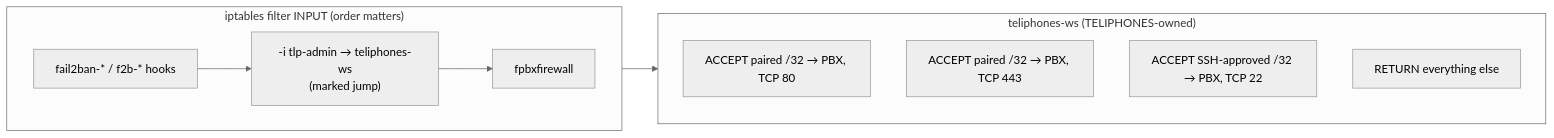
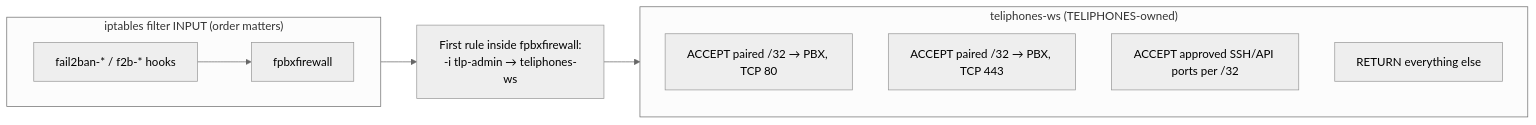
The third of 3 diagrams in docs/ARCHITECTURE.md (kierknoby/teliphones), drawn with Mermaid (neutral theme) before and after one commit. The commit also changed other lines of this file and 26 other files, not shown here.

````diff
--- a/docs/ARCHITECTURE.md
+++ b/docs/ARCHITECTURE.md
@@ -136,14 +153,15 @@
 ```mermaid
 flowchart LR
     subgraph INPUT["iptables filter INPUT (order matters)"]
         direction LR
-        F1["fail2ban-* / f2b-* hooks"] --> J["-i tlp-admin → teliphones-ws<br/>(marked jump)"] --> FP["fpbxfirewall"]
+        F1["fail2ban-* / f2b-* hooks"] --> FP["fpbxfirewall"]
     end
+    FP --> J["First rule inside fpbxfirewall:<br/>-i tlp-admin → teliphones-ws"]
     J --> TW
     subgraph TW["teliphones-ws (TELIPHONES-owned)"]
         R1["ACCEPT paired /32 → PBX, TCP 80"]
         R2["ACCEPT paired /32 → PBX, TCP 443"]
-        R3["ACCEPT SSH-approved /32 → PBX, TCP 22"]
+        R3["ACCEPT approved SSH/API ports per /32"]
         R4["RETURN everything else"]
     end
 ```
````
